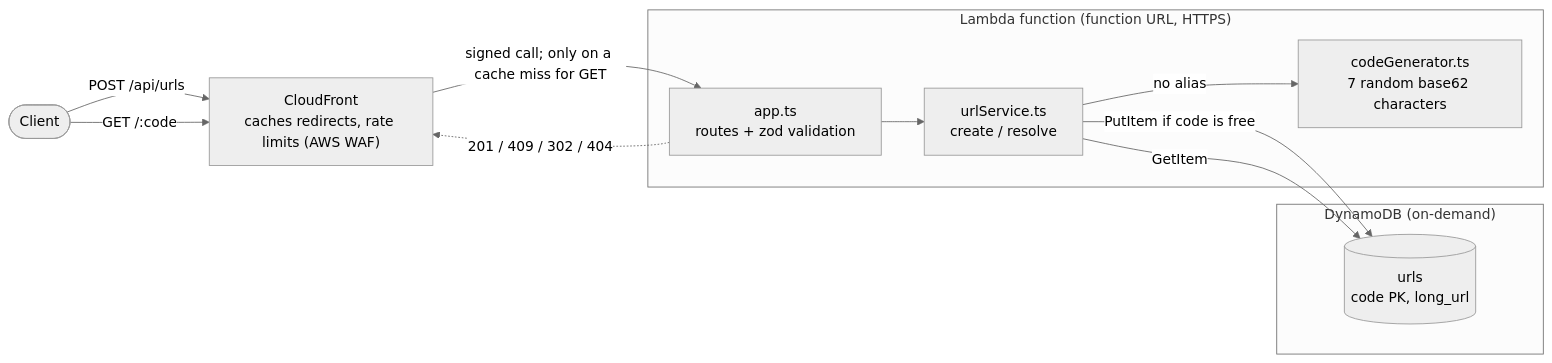
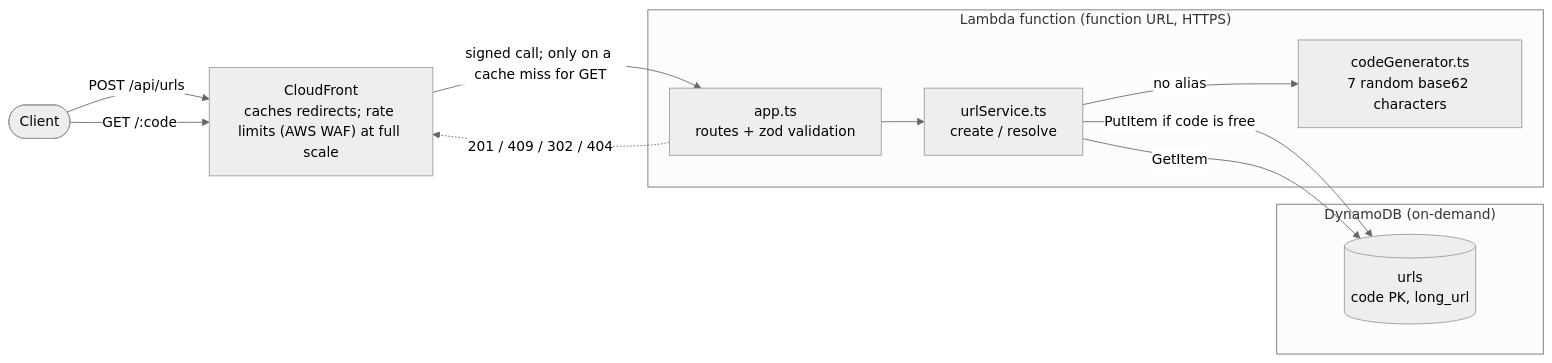
The diagram in README.md (curiousdirection/url-shortener), drawn with Mermaid (neutral theme) before and after one commit. The commit also changed other lines of this file and 9 other files, not shown here.

````diff
--- a/README.md
+++ b/README.md
@@ -7,25 +7,25 @@
 ```mermaid
 flowchart LR
     client([Client])
-    cdn["CloudFront<br/>caches redirects, rate limits (AWS WAF)"]
+    cdn["CloudFront<br/>caches redirects; rate limits (AWS WAF) at full scale"]
 
     subgraph lambda["Lambda function (function URL, HTTPS)"]
         routes["app.ts<br/>routes + zod validation"]
         service["urlService.ts<br/>create / resolve"]
         gen["codeGenerator.ts<br/>7 random base62 characters"]
         routes --> service
         service -->|"no alias"| gen
     end
 
     subgraph ddb["DynamoDB (on-demand)"]
         urls[("urls<br/>code PK, long_url")]
     end
 
     client -->|"POST /api/urls"| cdn
     client -->|"GET /:code"| cdn
     cdn -->|"signed call; only on a cache miss for GET"| routes
     routes -.->|"201 / 409 / 302 / 404"| cdn
 
     service -->|"PutItem if code is free"| urls
     service -->|"GetItem"| urls
 ```
````
